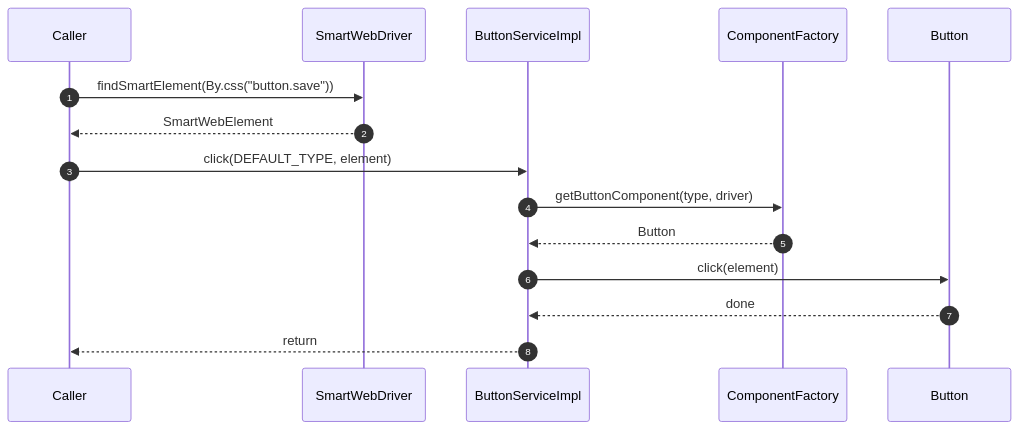
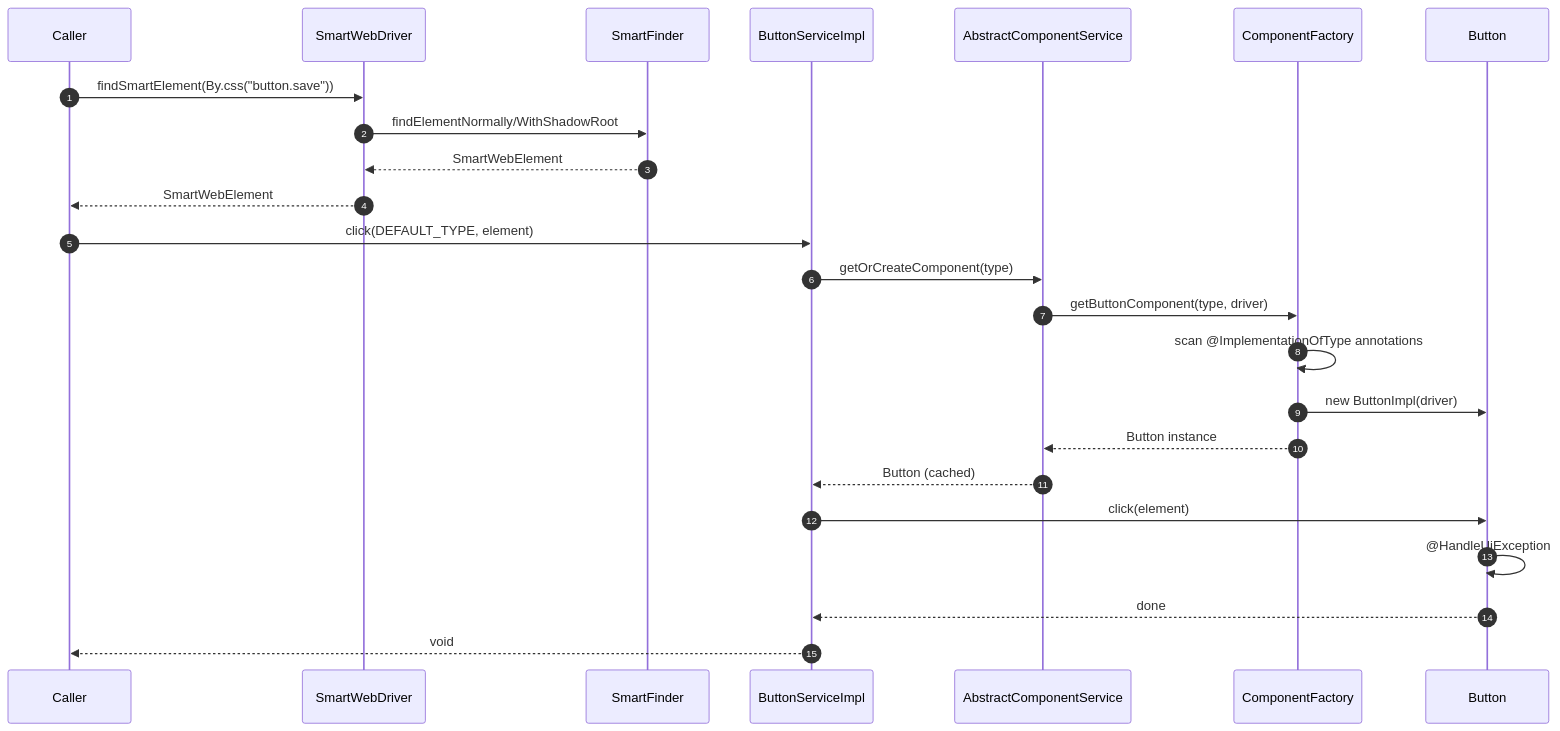
Before and after one commit to CyborgCodeSyndicate/roa-libraries: the third of 3 diagrams in ui-interactor/README.md, drawn with Mermaid. The commit also changed other lines of this file, not shown here.

````diff
--- a/ui-interactor/README.md
+++ b/ui-interactor/README.md
@@ -200,18 +297,28 @@
 ```mermaid
 sequenceDiagram
-  autonumber
-  participant T as Caller
-  participant D as SmartWebDriver
-  participant S as ButtonServiceImpl
-  participant F as ComponentFactory
-  participant C as Button
+    autonumber
+    participant Caller
+    participant Driver as SmartWebDriver
+    participant Finder as SmartFinder
+    participant Service as ButtonServiceImpl
+    participant Abstract as AbstractComponentService
+    participant Factory as ComponentFactory
+    participant Component as Button
 
-  T->>D: findSmartElement(By.css("button.save"))
-  D-->>T: SmartWebElement
-  T->>S: click(DEFAULT_TYPE, element)
-  S->>F: getButtonComponent(type, driver)
-  F-->>S: Button
-  S->>C: click(element)
-  C-->>S: done
-  S-->>T: return
+    Caller->>Driver: findSmartElement(By.css("button.save"))
+    Driver->>Finder: findElementNormally/WithShadowRoot
+    Finder-->>Driver: SmartWebElement
+    Driver-->>Caller: SmartWebElement
+    
+    Caller->>Service: click(DEFAULT_TYPE, element)
+    Service->>Abstract: getOrCreateComponent(type)
+    Abstract->>Factory: getButtonComponent(type, driver)
+    Factory->>Factory: scan @ImplementationOfType annotations
+    Factory->>Component: new ButtonImpl(driver)
+    Factory-->>Abstract: Button instance
+    Abstract-->>Service: Button (cached)
+    Service->>Component: click(element)
+    Component->>Component: @HandleUiException
+    Component-->>Service: done
+    Service-->>Caller: void
 ```
````
